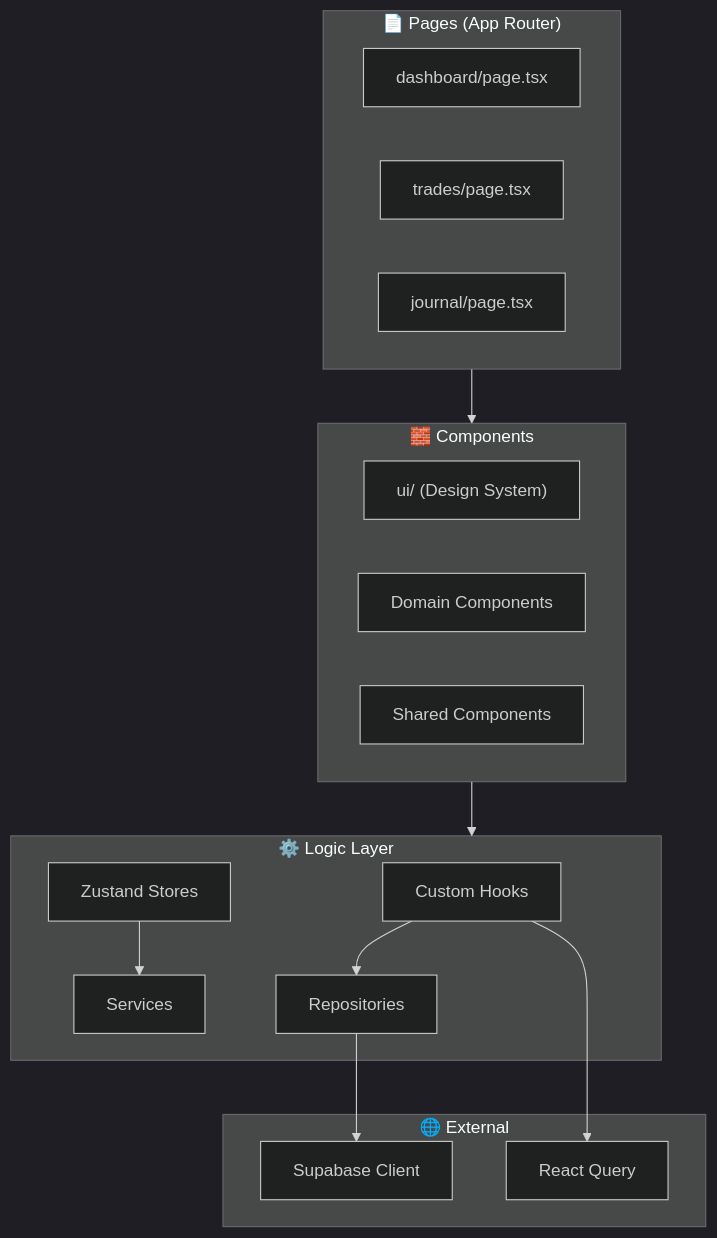
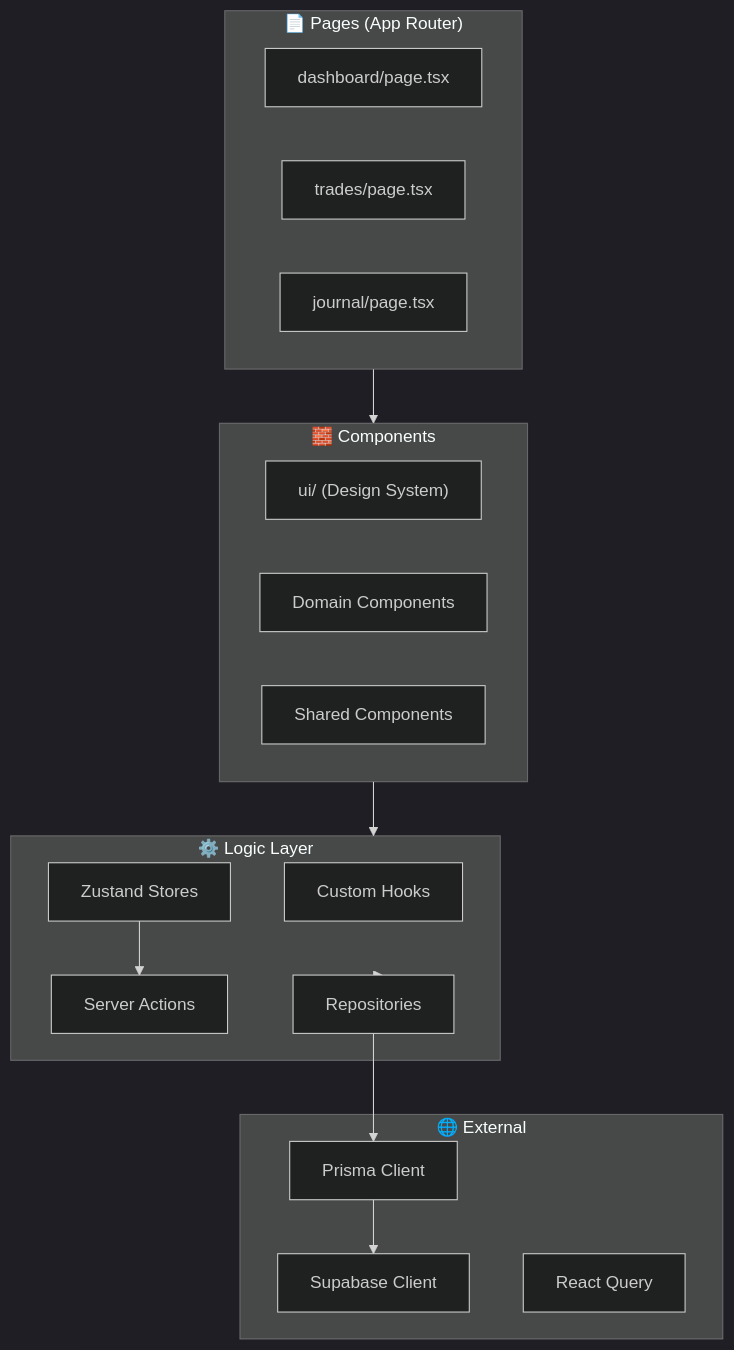
The third of 4 diagrams in docs/architecture.md (TavaresBugs/journal-nextjs), drawn with Mermaid (dark theme) before and after one commit. The commit also changed other lines of this file and 89 other files, not shown here.

````diff
--- a/docs/architecture.md
+++ b/docs/architecture.md
@@ -186,33 +185,34 @@
 ```mermaid
 flowchart TB
     subgraph Pages ["📄 Pages (App Router)"]
         dashboard["dashboard/page.tsx"]
         trades["trades/page.tsx"]
         journal["journal/page.tsx"]
     end
 
     subgraph Components ["🧱 Components"]
         ui["ui/ (Design System)"]
         domain["Domain Components"]
         shared["Shared Components"]
     end
 
     subgraph Logic ["⚙️ Logic Layer"]
         hooks["Custom Hooks"]
         stores["Zustand Stores"]
-        services["Services"]
+        actions["Server Actions"]
         repos["Repositories"]
     end
 
     subgraph External ["🌐 External"]
+        prisma["Prisma Client"]
         supabase["Supabase Client"]
         query["React Query"]
     end
 
     Pages --> Components
     Components --> Logic
-    hooks --> repos
-    hooks --> query
-    repos --> supabase
-    stores --> services
+    Logic --> repos
+    repos --> prisma
+    prisma --> supabase
+    stores --> actions
 ```
````
